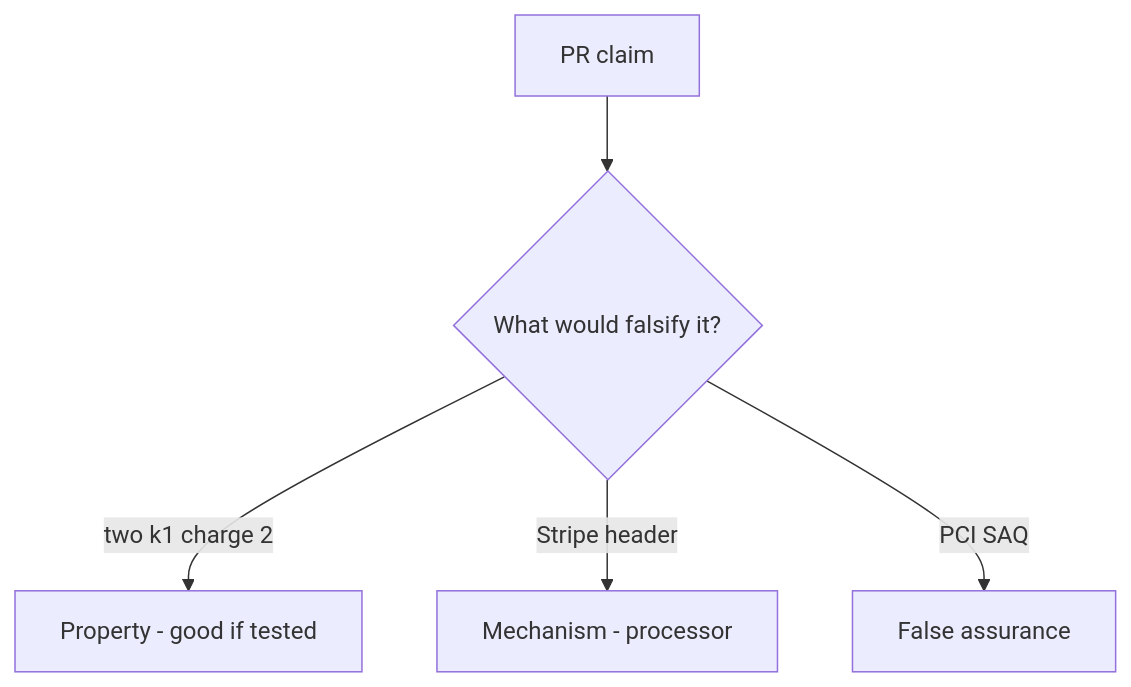
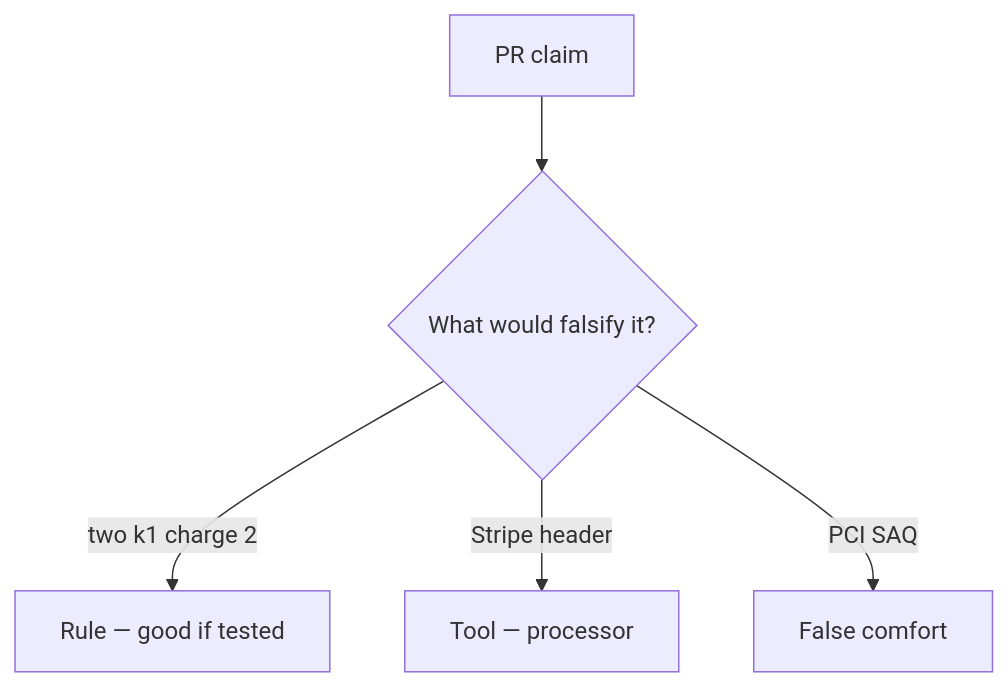
The diagram in content/modules/e/E3/lessons/08-review.md (ishitvagoel/LearnSecurity), drawn with Mermaid before and after one commit. The commit also changed other lines of this file and 55 other files, not shown here.

````diff
--- a/content/modules/e/E3/lessons/08-review.md
+++ b/content/modules/e/E3/lessons/08-review.md
@@ -17,7 +18,7 @@
 ```mermaid
 flowchart TD
   Claim[PR claim] --> Q{"What would falsify it?"}
-  Q -->|two k1 charge 2| Property["Property - good if tested"]
-  Q -->|Stripe header| Mechanism[Mechanism - processor]
-  Q -->|PCI SAQ| False[False assurance]
+  Q -->|two k1 charge 2| Property["Rule — good if tested"]
+  Q -->|Stripe header| Mechanism[Tool — processor]
+  Q -->|PCI SAQ| False[False comfort]
 ```
````
